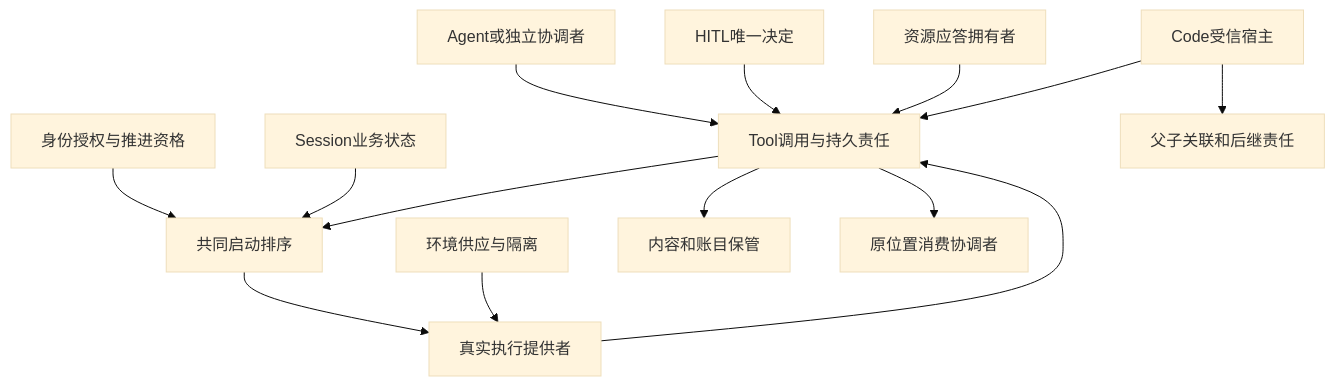
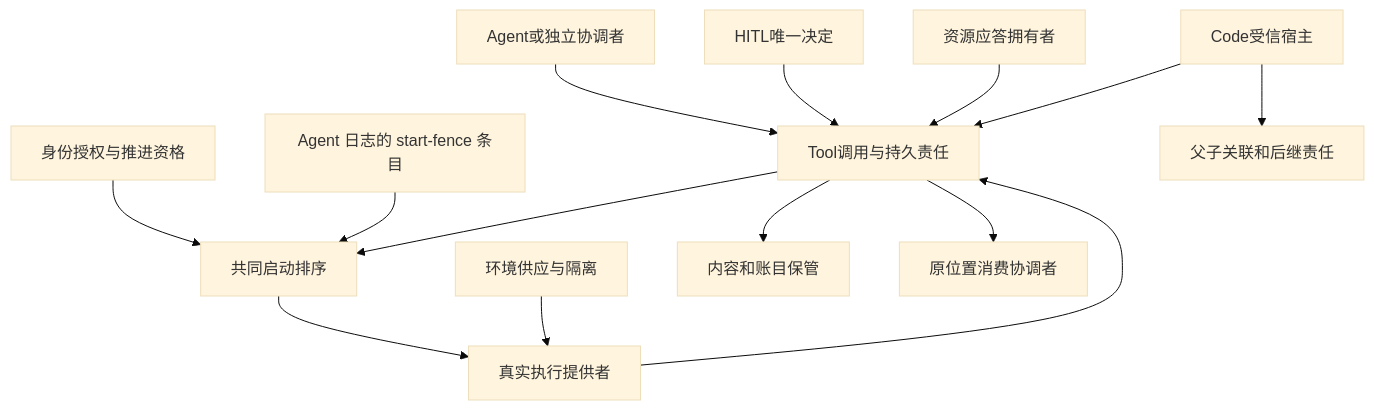
The first of 2 diagrams in docs/domains/tool-execution/architecture.md (nemori-ai/omne-harness-lite), drawn with Mermaid (base theme) before and after one commit. The commit also changed other lines of this file and 22 other files, not shown here.

First line of the commit message:
docs(agents): 根入口加两张最简图与心智模型要点，心智模型做成技能 domain-mental-models（#1211）

````diff
--- a/docs/domains/tool-execution/architecture.md
+++ b/docs/domains/tool-execution/architecture.md
@@ -46,16 +46,16 @@
 ```mermaid
 flowchart TD
     Initiator[Agent或独立协调者] --> Tool[Tool调用与持久责任]
     Identity[身份授权与推进资格] --> Fence[共同启动排序]
-    Session[Session业务状态] --> Fence
+    StartFence[Agent 日志的 start-fence 条目] --> Fence
     Tool --> Fence
     Fence --> Execution[真实执行提供者]
     Environment[环境供应与隔离] --> Execution
     Execution --> Tool
     HITL[HITL唯一决定] --> Tool
     Resource[资源应答拥有者] --> Tool
     Tool --> Custody[内容和账目保管]
     Tool --> Consumer[原位置消费协调者]
     Code[Code受信宿主] --> Tool
     Code --> Children[父子关联和后继责任]
 ```
````
